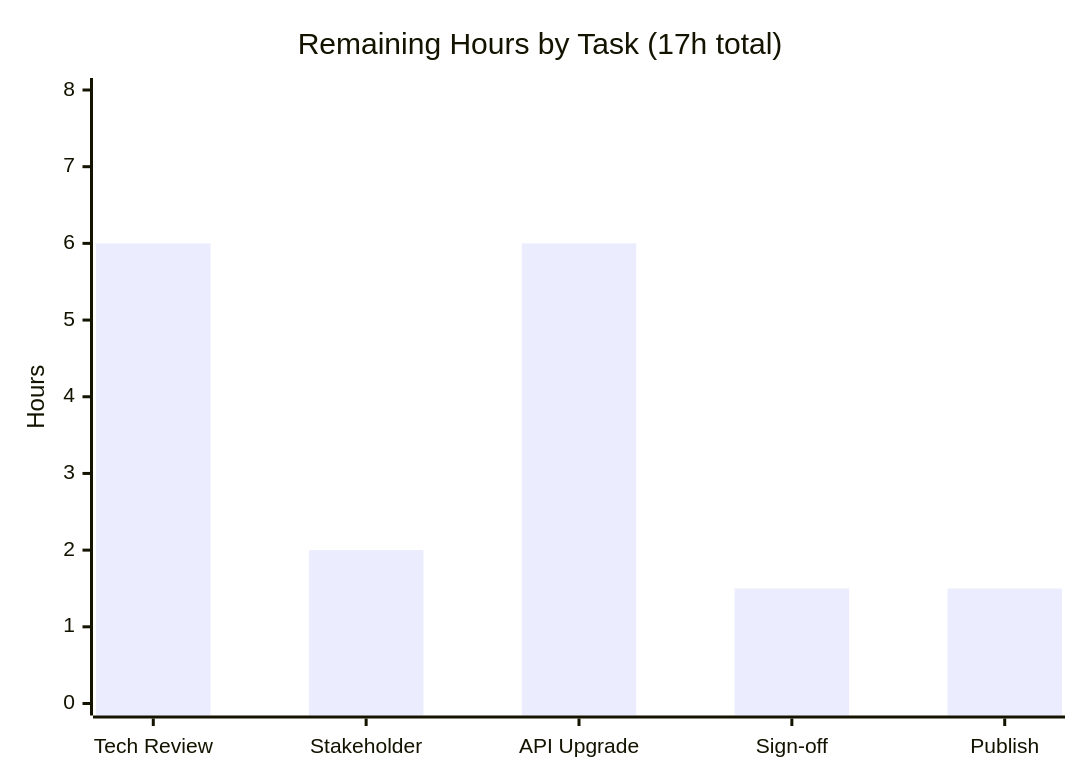
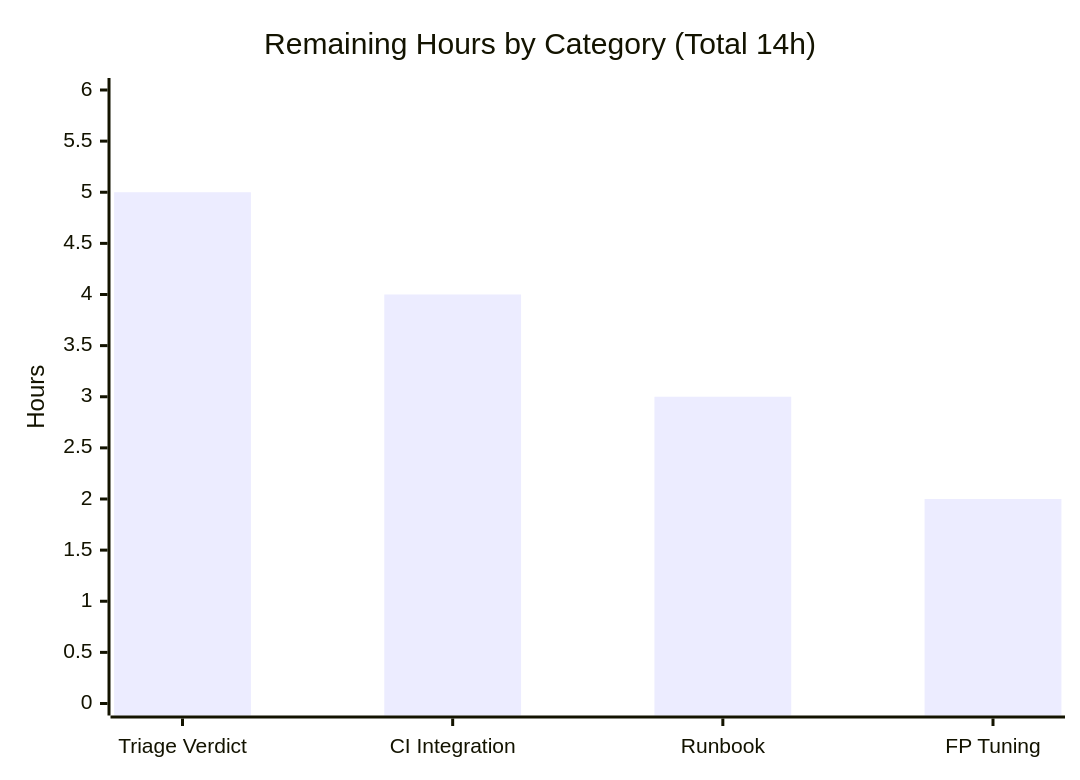
Before and after one commit to Blitzy-Sandbox/blitzy-cal: the third of 4 diagrams in blitzy/documentation/Project Guide.md, drawn with Mermaid. The commit also changed other lines of this file, not shown here.

Commit message:
Adding Blitzy Project Guide: Project Status and Human Tasks Remaining

````diff
--- a/blitzy/documentation/Project Guide.md
+++ b/blitzy/documentation/Project Guide.md
@@ -210,7 +255,7 @@
 ```mermaid
 xychart-beta
-    title "Remaining Hours by Task (17h total)"
-    x-axis ["Tech Review", "Stakeholder", "API Upgrade", "Sign-off", "Publish"]
-    y-axis "Hours" 0 --> 8
-    bar [6, 2, 6, 1.5, 1.5]
+    title "Remaining Hours by Category (Total 14h)"
+    x-axis ["Triage Verdict", "CI Integration", "Runbook", "FP Tuning"]
+    y-axis "Hours" 0 --> 6
+    bar [5, 4, 3, 2]
 ```
````
